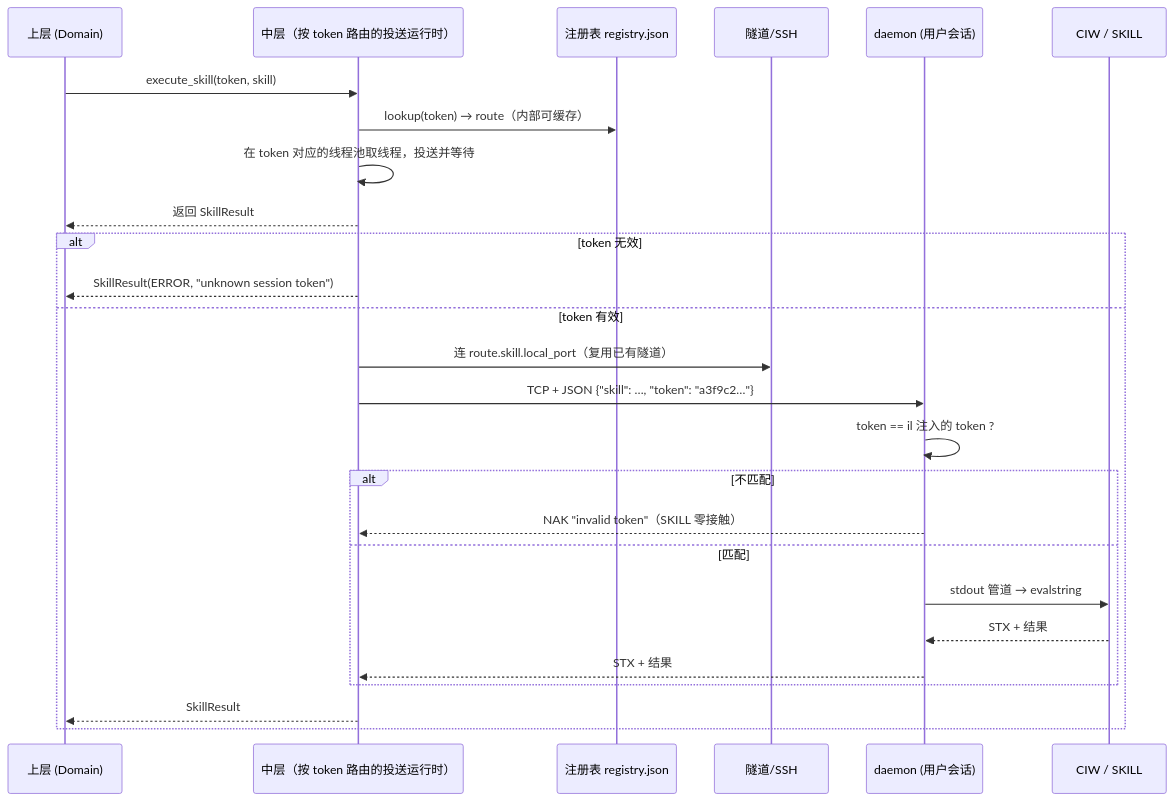
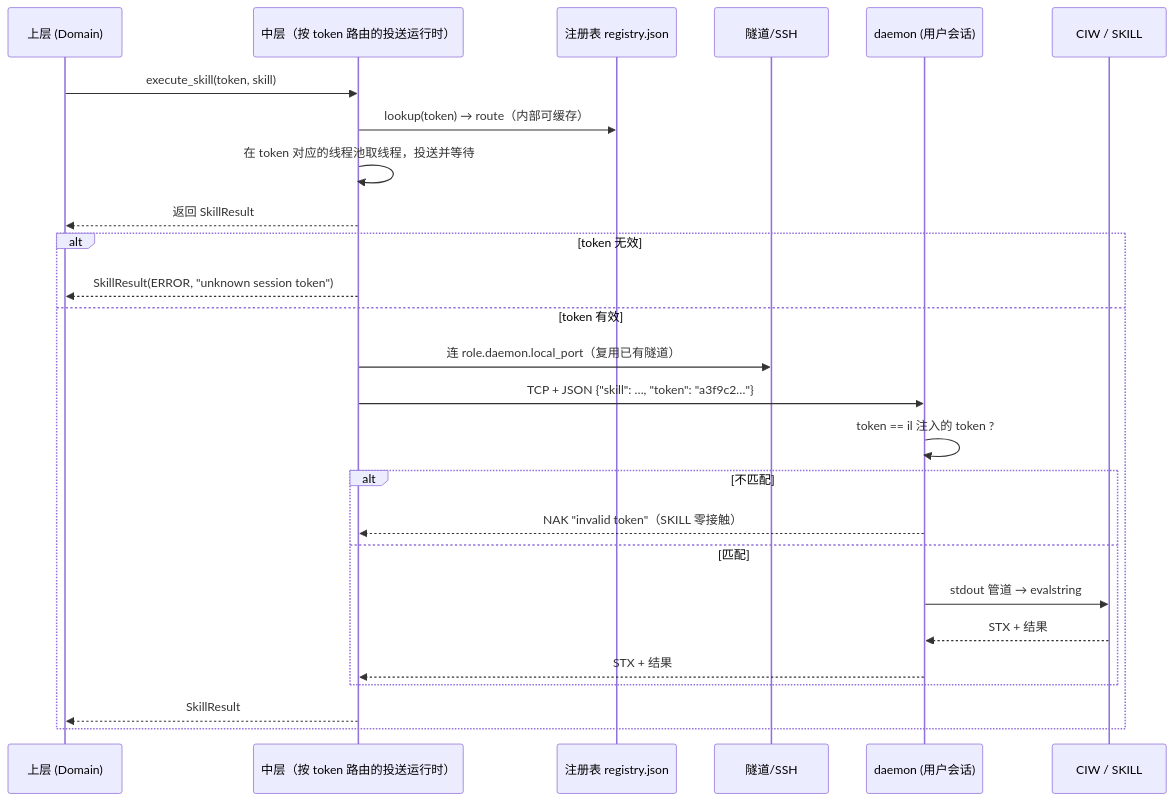
One commit to GentLau/virtuoso-bridge-NCS changed the second of 2 diagrams in spec/design-concepts/底层与中层/多用户设计.md. Above: the diagram before and after it, drawn with Mermaid. The commit also changed other lines of this file and 6 other files, not shown here.

Commit message:
spec: 5-role endpoint model (gui/daemon/command/file/spectre) with global SSH defaults + per-role override; per-token budget wording

````diff
--- a/spec/design-concepts/底层与中层/多用户设计.md
+++ b/spec/design-concepts/底层与中层/多用户设计.md
@@ -241,29 +241,29 @@
 ```mermaid
 sequenceDiagram
     participant U as 上层 (Domain)
     participant M as 中层（按 token 路由的投送运行时）
     participant R as 注册表 registry.json
     participant T as 隧道/SSH
     participant D as daemon (用户会话)
     participant S as CIW / SKILL
 
     U->>M: execute_skill(token, skill)
     M->>R: lookup(token) → route（内部可缓存）
     M->>M: 在 token 对应的线程池取线程，投送并等待
     M-->>U: 返回 SkillResult
     alt token 无效
         M-->>U: SkillResult(ERROR, "unknown session token")
     else token 有效
-        M->>T: 连 route.skill.local_port（复用已有隧道）
+        M->>T: 连 role.daemon.local_port（复用已有隧道）
         M->>D: TCP + JSON {"skill": …, "token": "a3f9c2…"}
         D->>D: token == il 注入的 token ?
         alt 不匹配
             D-->>M: NAK "invalid token"（SKILL 零接触）
         else 匹配
             D->>S: stdout 管道 → evalstring
             S-->>D: STX + 结果
             D-->>M: STX + 结果
         end
         M-->>U: SkillResult
     end
 ```
````
